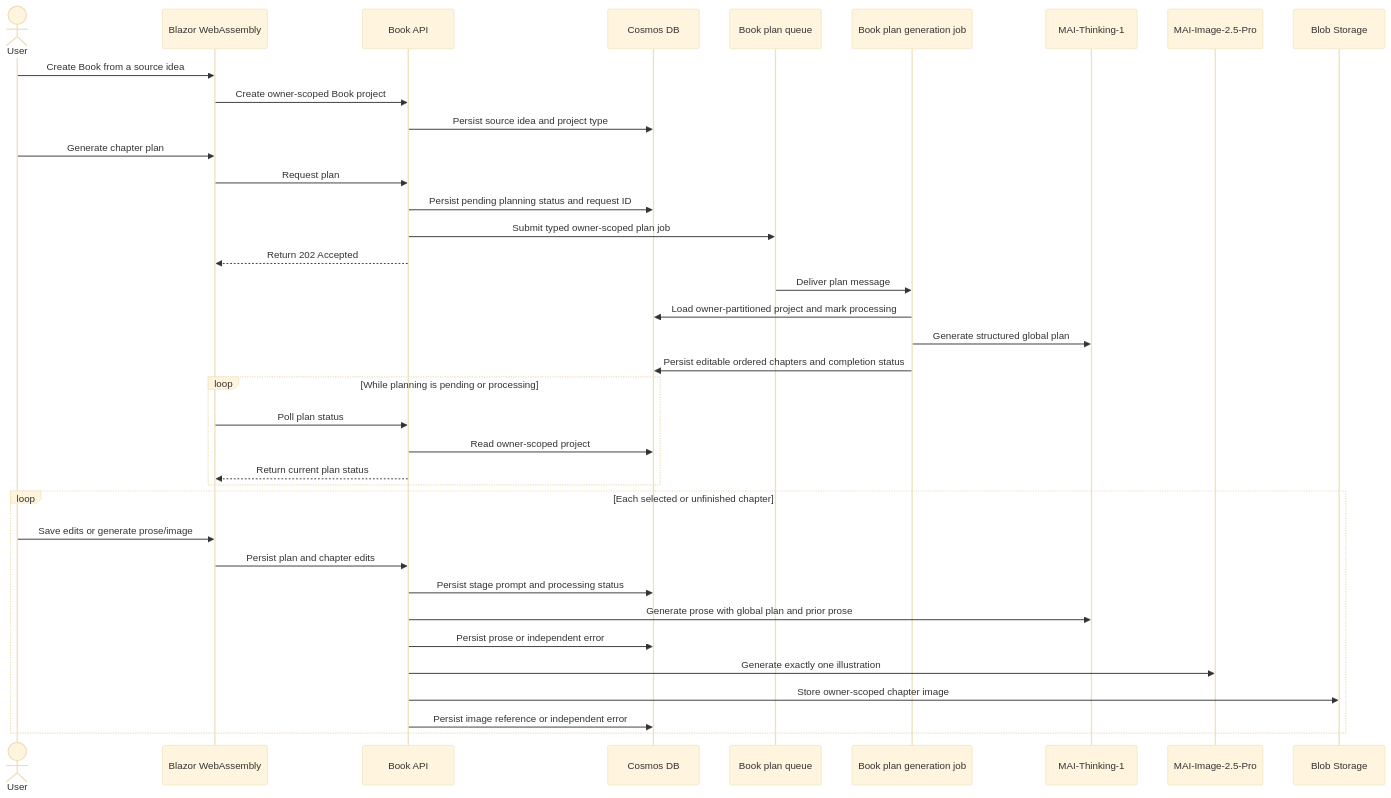
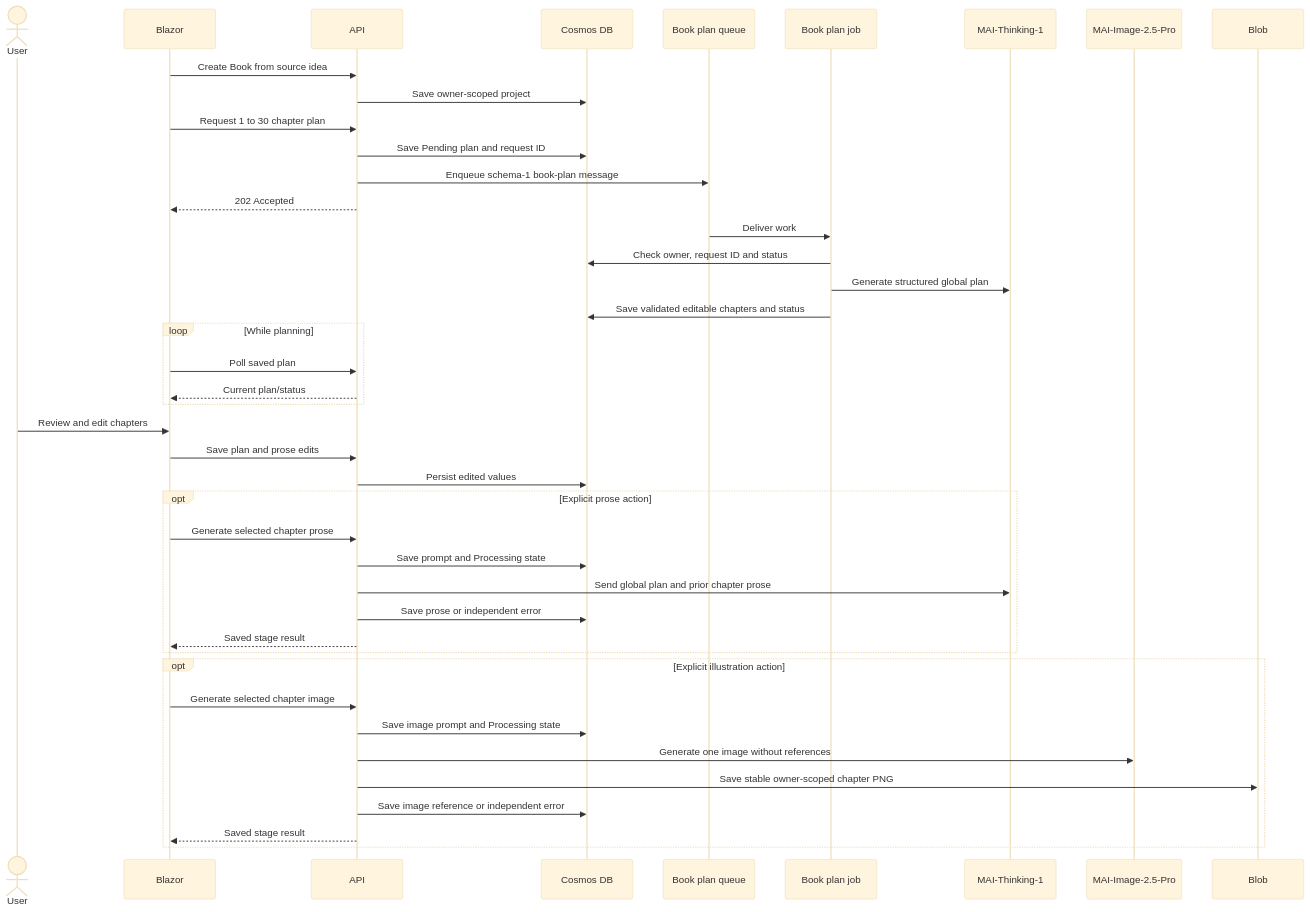
The third of 3 diagrams in docs/architecture.md (mathieumack/foundry-comics-mai), drawn with Mermaid (base theme) before and after one commit. The commit also changed other lines of this file and 9 other files, not shown here.

First line of the commit message:
Enhance documentation and architecture for MAI Comic Studio

````diff
--- a/docs/architecture.md
+++ b/docs/architecture.md
@@ -116,39 +140,44 @@
 ```mermaid
 sequenceDiagram
     actor User
-    participant Web as Blazor WebAssembly
-    participant API as Book API
+    participant Web as Blazor
+    participant API
     participant DB as Cosmos DB
     participant Queue as Book plan queue
-    participant Job as Book plan generation job
+    participant Job as Book plan job
     participant Text as MAI-Thinking-1
     participant Image as MAI-Image-2.5-Pro
-    participant Blob as Blob Storage
-    User->>Web: Create Book from a source idea
-    Web->>API: Create owner-scoped Book project
-    API->>DB: Persist source idea and project type
-    User->>Web: Generate chapter plan
-    Web->>API: Request plan
-    API->>DB: Persist pending planning status and request ID
-    API->>Queue: Submit typed owner-scoped plan job
-    API-->>Web: Return 202 Accepted
-    Queue->>Job: Deliver plan message
-    Job->>DB: Load owner-partitioned project and mark processing
+    participant Blob
+    Web->>API: Create Book from source idea
+    API->>DB: Save owner-scoped project
+    Web->>API: Request 1 to 30 chapter plan
+    API->>DB: Save Pending plan and request ID
+    API->>Queue: Enqueue schema-1 book-plan message
+    API-->>Web: 202 Accepted
+    Queue->>Job: Deliver work
+    Job->>DB: Check owner, request ID and status
     Job->>Text: Generate structured global plan
-    Job->>DB: Persist editable ordered chapters and completion status
-    loop While planning is pending or processing
-        Web->>API: Poll plan status
-        API->>DB: Read owner-scoped project
-        API-->>Web: Return current plan status
+    Job->>DB: Save validated editable chapters and status
+    loop While planning
+        Web->>API: Poll saved plan
+        API-->>Web: Current plan/status
     end
-    loop Each selected or unfinished chapter
-        User->>Web: Save edits or generate prose/image
-        Web->>API: Persist plan and chapter edits
-        API->>DB: Persist stage prompt and processing status
-        API->>Text: Generate prose with global plan and prior prose
-        API->>DB: Persist prose or independent error
-        API->>Image: Generate exactly one illustration
-        API->>Blob: Store owner-scoped chapter image
-        API->>DB: Persist image reference or independent error
+    User->>Web: Review and edit chapters
+    Web->>API: Save plan and prose edits
+    API->>DB: Persist edited values
+    opt Explicit prose action
+        Web->>API: Generate selected chapter prose
+        API->>DB: Save prompt and Processing state
+        API->>Text: Send global plan and prior chapter prose
+        API->>DB: Save prose or independent error
+        API-->>Web: Saved stage result
+    end
+    opt Explicit illustration action
+        Web->>API: Generate selected chapter image
+        API->>DB: Save image prompt and Processing state
+        API->>Image: Generate one image without references
+        API->>Blob: Save stable owner-scoped chapter PNG
+        API->>DB: Save image reference or independent error
+        API-->>Web: Saved stage result
     end
 ```
````
